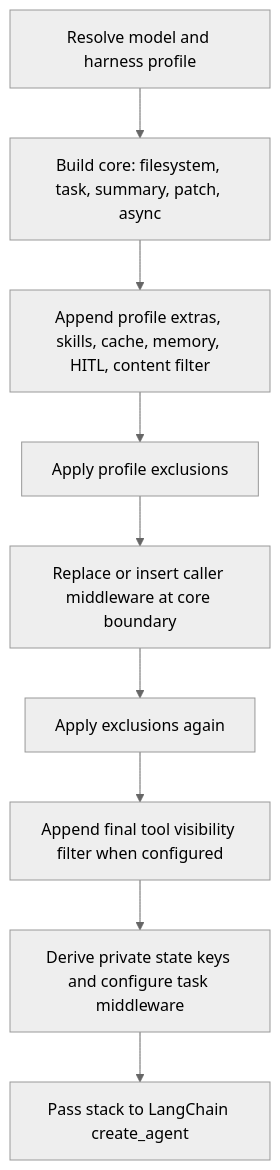
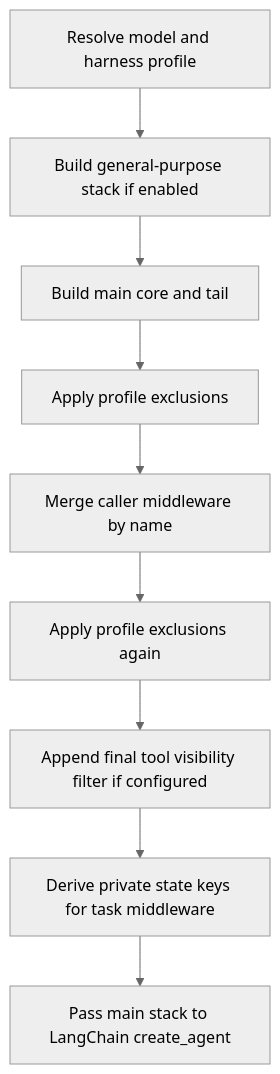
One commit to langchain-ai/deepagents changed the diagram in openwiki/architecture/middleware-stack.md. Above: the diagram before and after it, drawn with Mermaid (neutral theme). The commit also changed other lines of this file and 39 other files, not shown here.

````diff
--- a/openwiki/architecture/middleware-stack.md
+++ b/openwiki/architecture/middleware-stack.md
@@ -39,11 +43,11 @@
 ```mermaid
 flowchart TD
-    Resolve["Resolve model and harness profile"] --> Core["Build core: filesystem, task, summary, patch, async"]
-    Core --> Tail["Append profile extras, skills, cache, memory, HITL, content filter"]
-    Tail --> FilterOne["Apply profile exclusions"]
-    FilterOne --> Merge["Replace or insert caller middleware at core boundary"]
-    Merge --> FilterTwo["Apply exclusions again"]
-    FilterTwo --> Visibility["Append final tool visibility filter when configured"]
-    Visibility --> State["Derive private state keys and configure task middleware"]
-    State --> Runtime["Pass stack to LangChain create_agent"]
+    Resolve["Resolve model and harness profile"] --> BuildGP["Build general-purpose stack if enabled"]
+    BuildGP --> BuildMain["Build main core and tail"]
+    BuildMain --> FirstFilter["Apply profile exclusions"]
+    FirstFilter --> Merge["Merge caller middleware by name"]
+    Merge --> SecondFilter["Apply profile exclusions again"]
+    SecondFilter --> ToolFilter["Append final tool visibility filter if configured"]
+    ToolFilter --> State["Derive private state keys for task middleware"]
+    State --> Runtime["Pass main stack to LangChain create_agent"]
 ```
````
